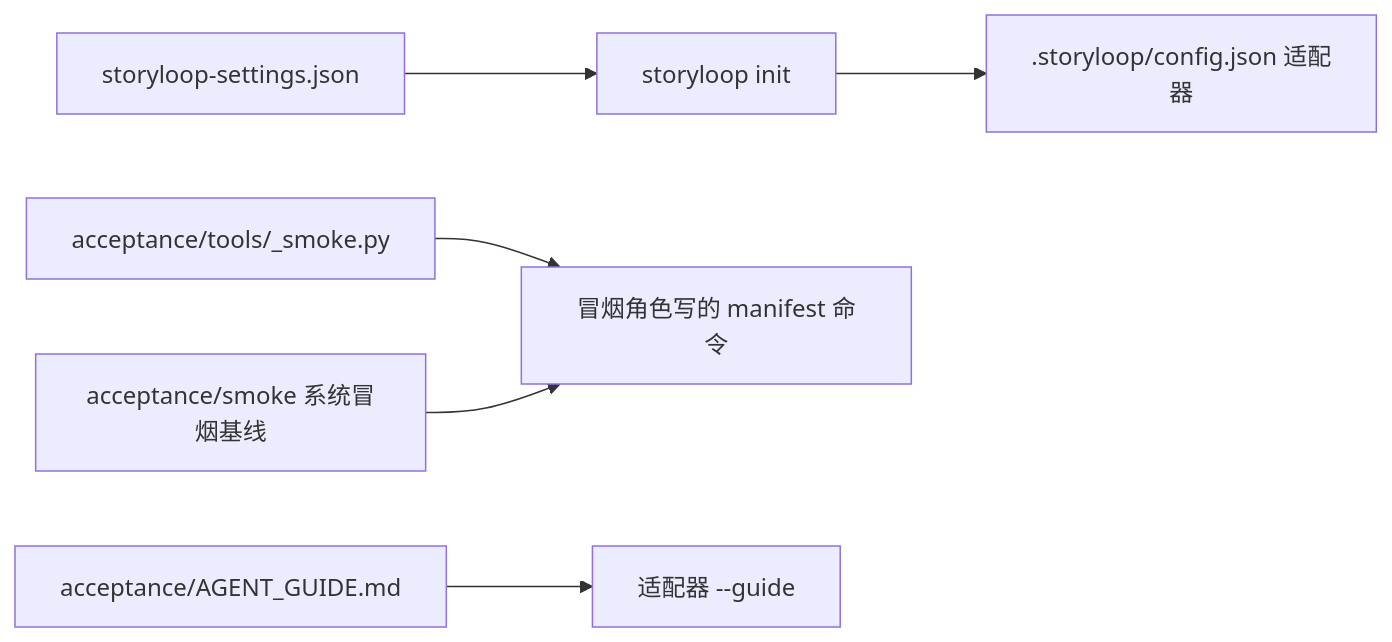
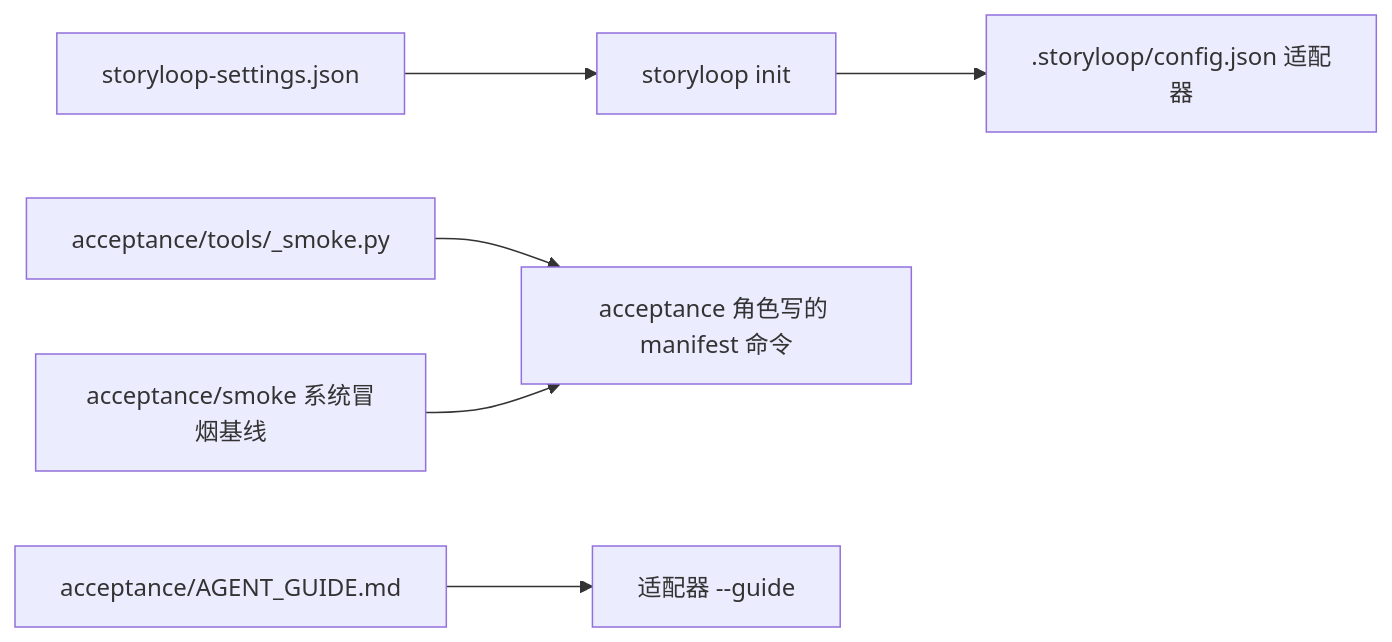
Before and after one commit to jinlin725168-ai/storyloop: the diagram in docs/onboarding-a-repository.md, drawn with Mermaid. The commit also changed other lines of this file and 22 other files, not shown here.

````diff
--- a/docs/onboarding-a-repository.md
+++ b/docs/onboarding-a-repository.md
@@ -5,8 +5,8 @@
 ```mermaid
 flowchart LR
     S[storyloop-settings.json] --> I[storyloop init]
     I --> C[.storyloop/config.json 适配器]
-    T[acceptance/tools/<stack>_smoke.py] --> M[冒烟角色写的 manifest 命令]
+    T[acceptance/tools/<stack>_smoke.py] --> M[acceptance 角色写的 manifest 命令]
     G[acceptance/AGENT_GUIDE.md] --> A[适配器 --guide]
     S2[acceptance/smoke 系统冒烟基线] --> M
 ```
````
